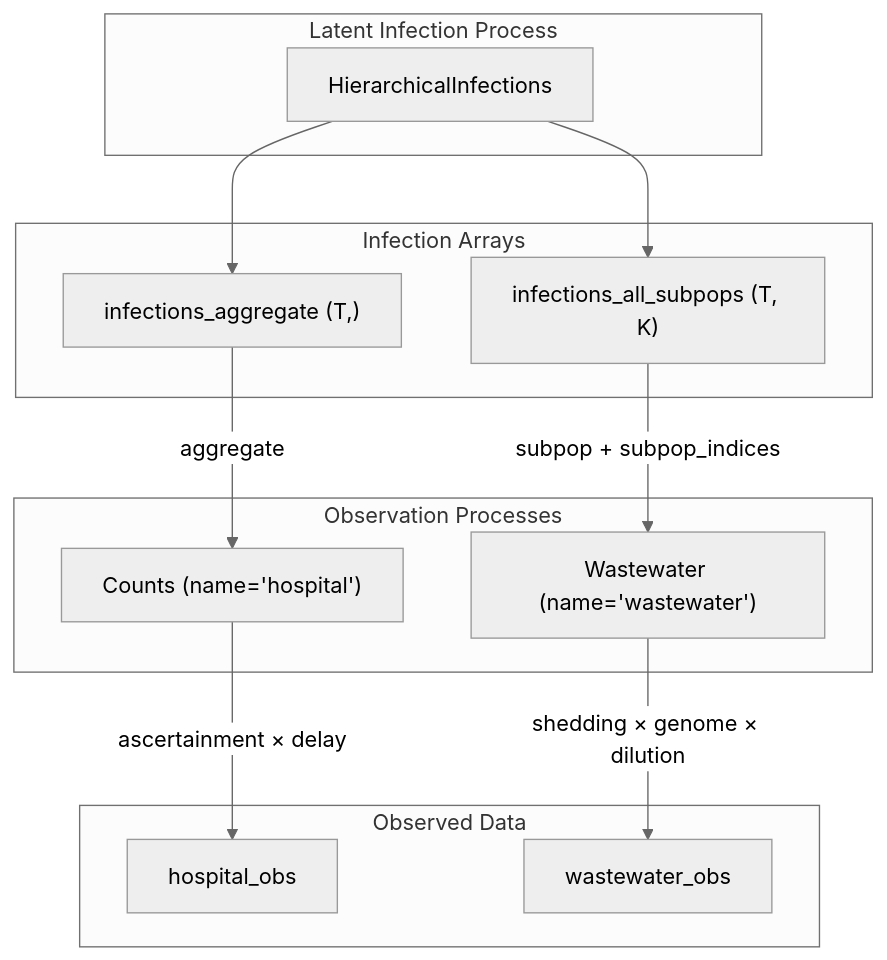
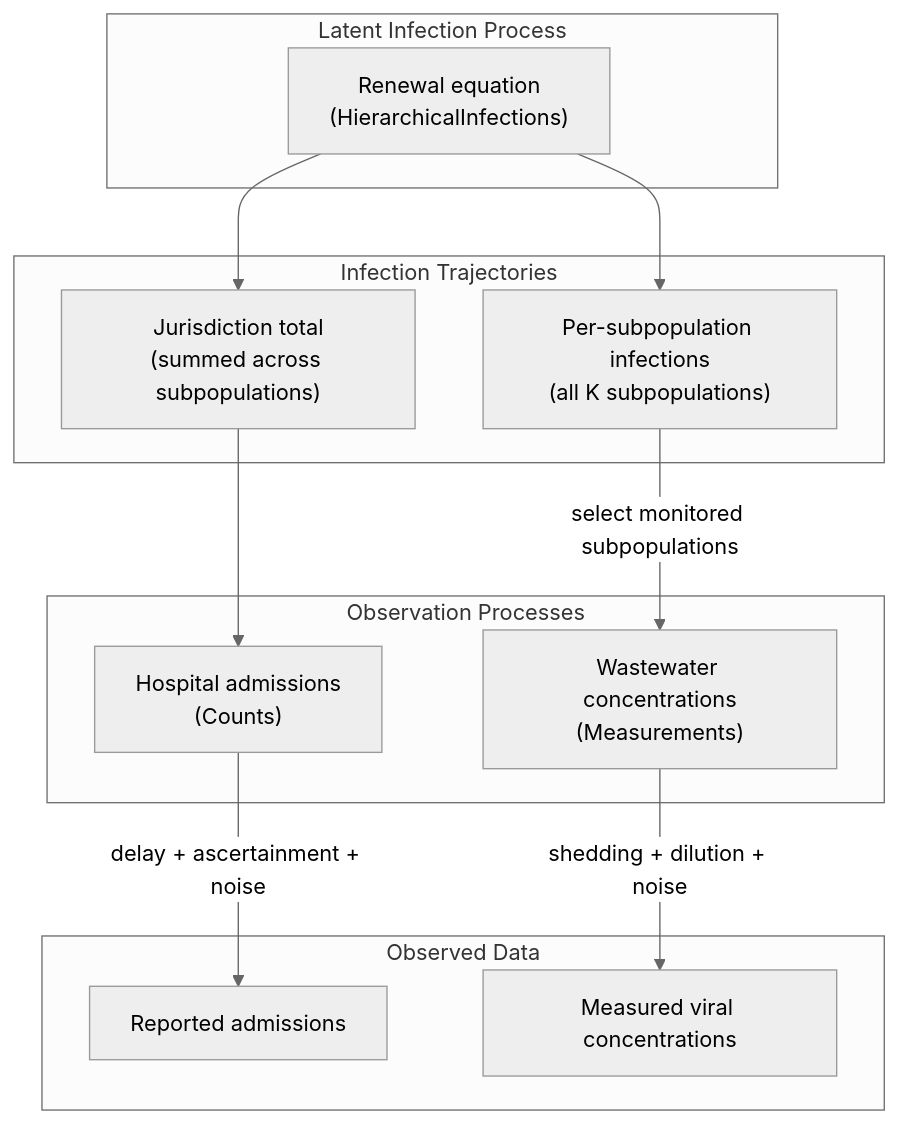
One commit to CDCgov/PyRenew changed the diagram in docs/tutorials/building_multisignal_models.qmd. Above: the diagram before and after it, drawn with Mermaid (neutral theme). The commit also changed other lines of this file, not shown here.

Commit message:
wordsmithing

````diff
--- a/docs/tutorials/building_multisignal_models.qmd
+++ b/docs/tutorials/building_multisignal_models.qmd
@@ -126,29 +131,29 @@
 ```mermaid
 flowchart TB
 
     subgraph Latent["Latent Infection Process"]
-        L[HierarchicalInfections]
+        L["Renewal equation<br/>(HierarchicalInfections)"]
     end
 
-    subgraph Infections["Infection Arrays"]
-        J["infections_aggregate (T,)"]
-        S["infections_all_subpops (T, K)"]
+    subgraph Infections["Infection Trajectories"]
+        J["Jurisdiction total<br/>(summed across subpopulations)"]
+        S["Per-subpopulation infections<br/>(all K subpopulations)"]
     end
 
     subgraph Obs["Observation Processes"]
-        C["Counts (name='hospital')"]
-        W["Wastewater (name='wastewater')"]
+        C["Hospital admissions<br/>(Counts)"]
+        W["Wastewater concentrations<br/>(Measurements)"]
     end
 
     subgraph Data["Observed Data"]
-        HA["hospital_obs"]
-        WW["wastewater_obs"]
+        HA["Reported admissions"]
+        WW["Measured viral concentrations"]
     end
 
     L --> J
     L --> S
-    J -->|"aggregate"| C
-    S -->|"subpop + subpop_indices"| W
-    C -->|"ascertainment × delay"| HA
-    W -->|"shedding × genome × dilution"| WW
+    J --> C
+    S -->|"select monitored subpopulations"| W
+    C -->|"delay + ascertainment + noise"| HA
+    W -->|"shedding + dilution + noise"| WW
 ```
````
